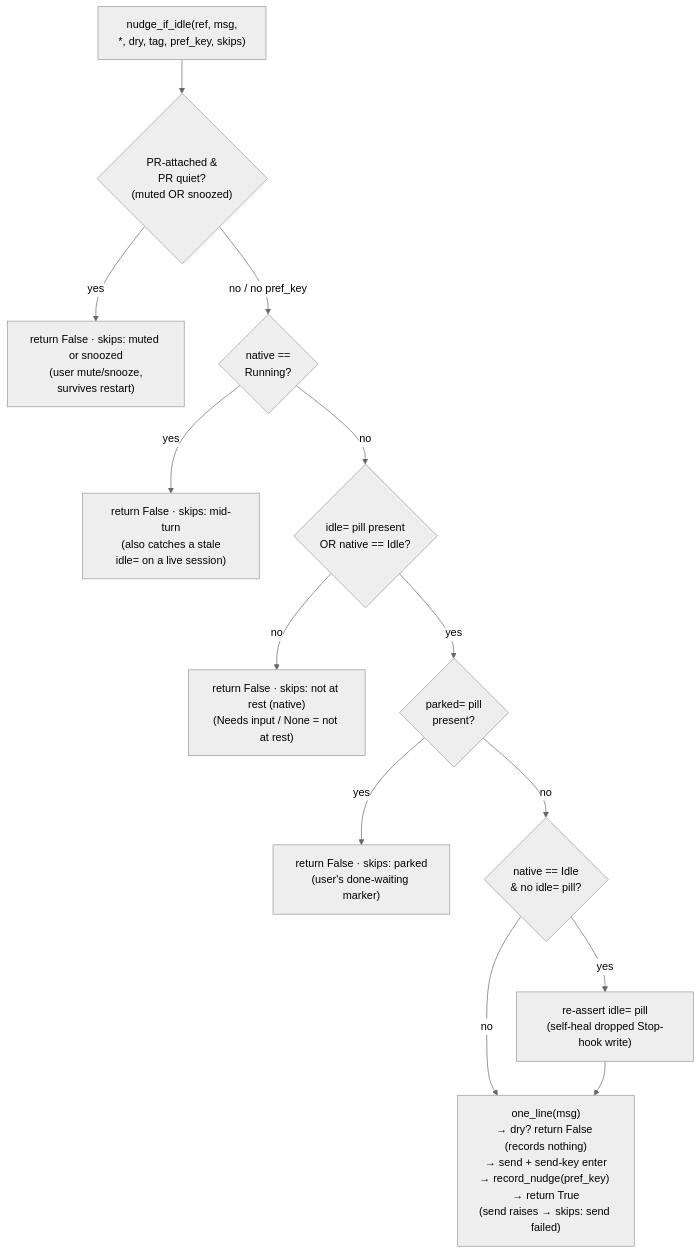
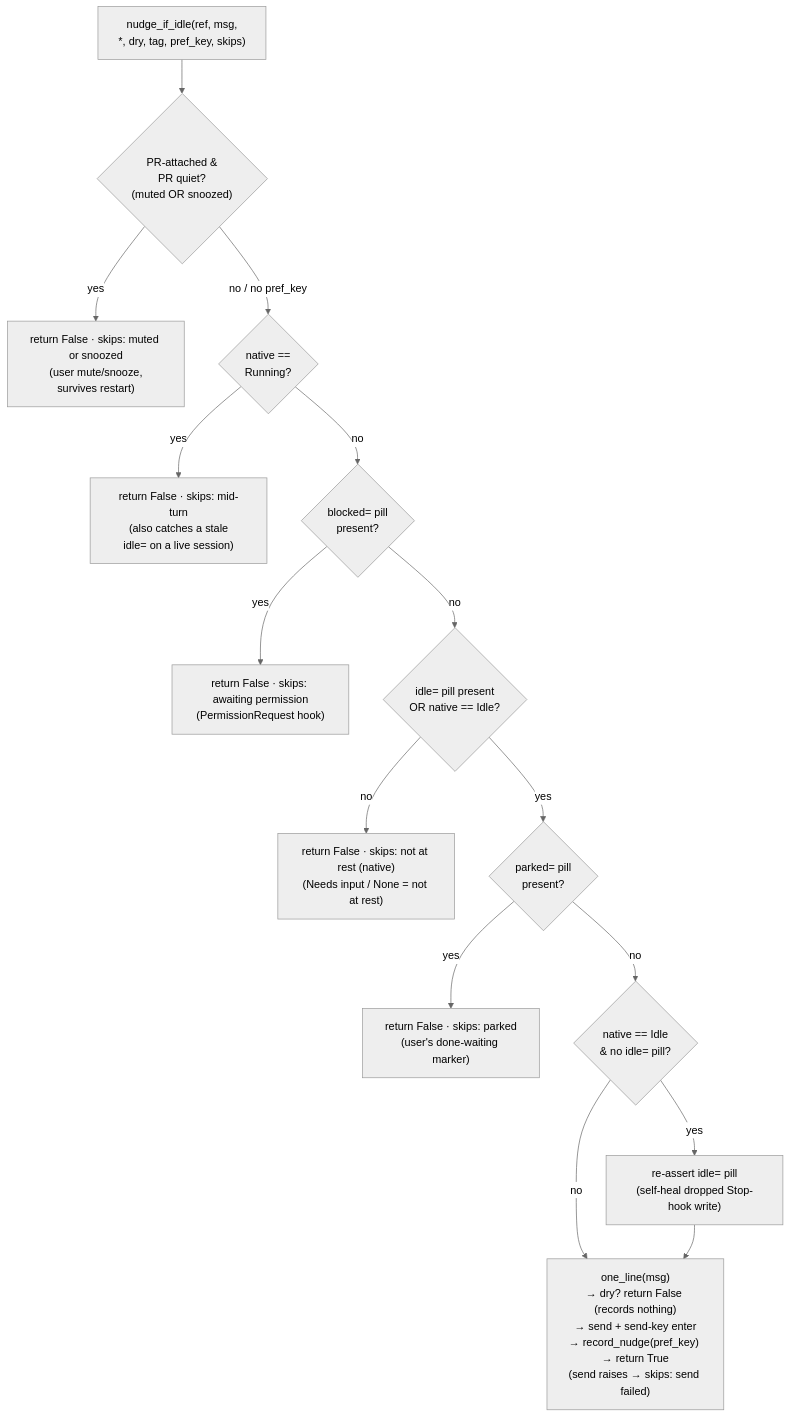
The fourth of 5 diagrams in docs/state-machine.md (khivi/cockpit), drawn with Mermaid (neutral theme) before and after one commit. The commit also changed other lines of this file and 9 other files, not shown here.

First line of the commit message:
feat(idle-gate): refuse sends while a permission dialog is up (#630)

````diff
--- a/docs/state-machine.md
+++ b/docs/state-machine.md
@@ -406,19 +406,21 @@
 ```mermaid
 flowchart TD
   IN["nudge_if_idle(ref, msg,<br/>*, dry, tag, pref_key, skips)"] --> G1{"PR-attached &<br/>PR quiet?<br/>(muted OR snoozed)"}
   G1 -->|yes| F1["return False · skips: muted or snoozed<br/>(user mute/snooze,<br/>survives restart)"]
   G1 -->|"no / no pref_key"| G2{"native ==<br/>Running?"}
 
   G2 -->|yes| F2["return False · skips: mid-turn<br/>(also catches a stale<br/>idle= on a live session)"]
-  G2 -->|no| G3{"idle= pill present<br/>OR native == Idle?"}
+  G2 -->|no| GB{"blocked= pill<br/>present?"}
+  GB -->|yes| FB["return False · skips: awaiting permission<br/>(PermissionRequest hook)"]
+  GB -->|no| G3{"idle= pill present<br/>OR native == Idle?"}
 
   G3 -->|no| F3["return False · skips: not at rest (native)<br/>(Needs input / None = not at rest)"]
   G3 -->|yes| G4{"parked= pill<br/>present?"}
 
   G4 -->|yes| F4["return False · skips: parked<br/>(user's done-waiting marker)"]
   G4 -->|no| HEAL{"native == Idle<br/>& no idle= pill?"}
 
   HEAL -->|yes| SELFHEAL["re-assert idle= pill<br/>(self-heal dropped Stop-hook write)"]
   HEAL -->|no| FIRE
   SELFHEAL --> FIRE["one_line(msg)<br/>→ dry? return False (records nothing)<br/>→ send + send-key enter<br/>→ record_nudge(pref_key) → return True<br/>(send raises → skips: send failed)"]
 ```
````
